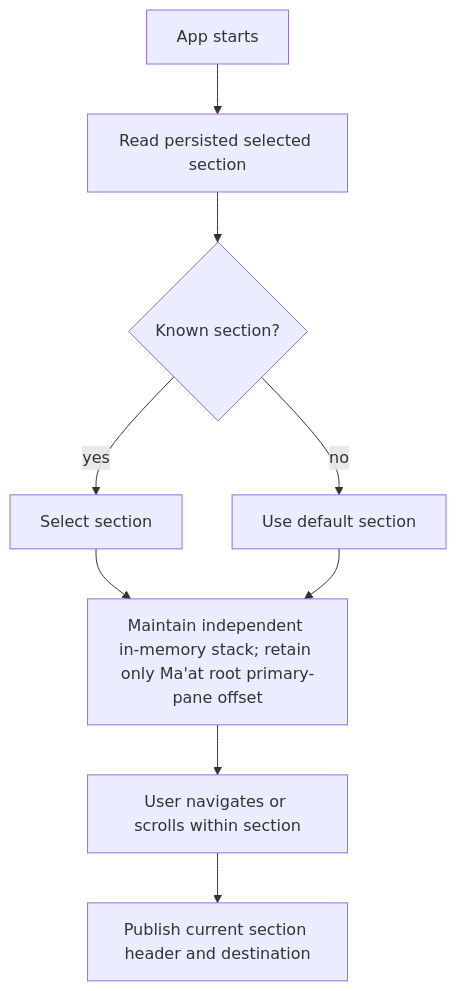
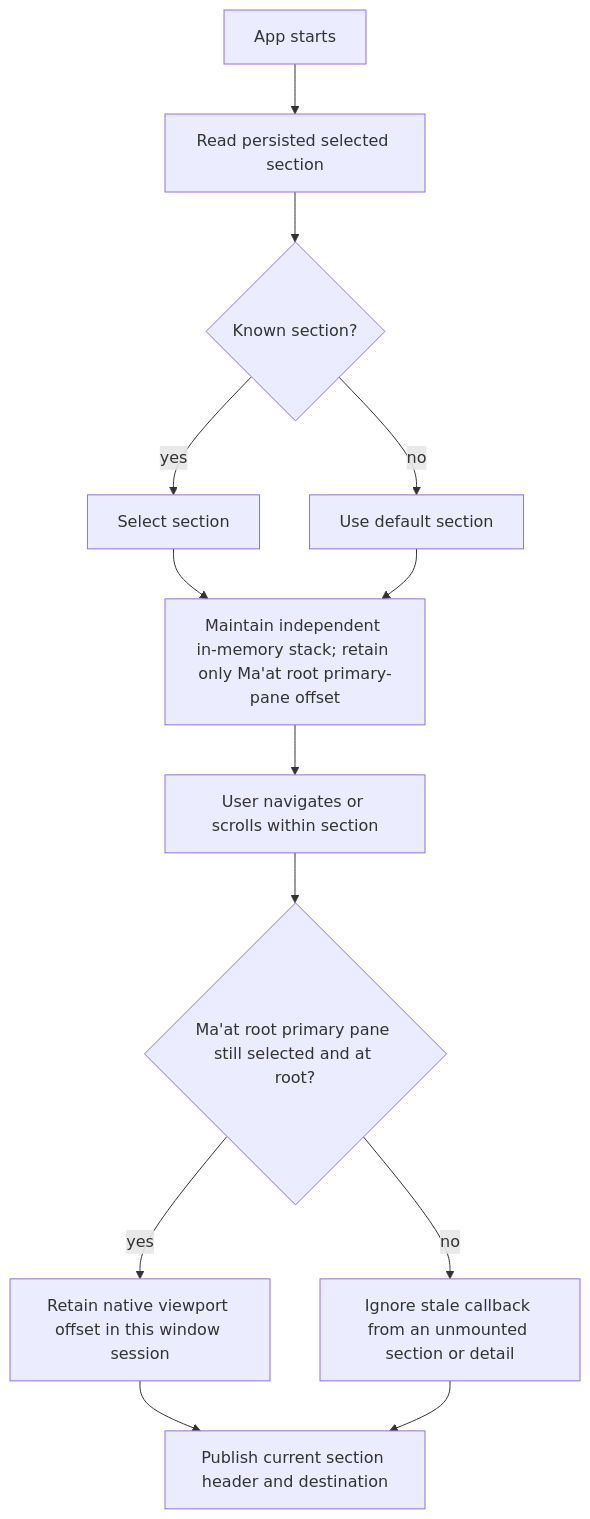
Before and after one commit to SirsiMaster/sirsi-pantheon: diagram 19 of 43 in docs/stacklab/pantheon-pt/canon/DIAGRAMS_RUNTIME_NATIVE.md, drawn with Mermaid. The commit also changed other lines of this file and 8 other files, not shown here.

First line of the commit message:
fix(menubar): retain Maat root scroll across remounts

````diff
--- a/docs/stacklab/pantheon-pt/canon/DIAGRAMS_RUNTIME_NATIVE.md
+++ b/docs/stacklab/pantheon-pt/canon/DIAGRAMS_RUNTIME_NATIVE.md
@@ -259,11 +259,15 @@
 ```mermaid
 flowchart TD
   START[App starts] --> LOAD[Read persisted selected section]
   LOAD --> VALID{Known section?}
   VALID -->|yes| SEL[Select section]
   VALID -->|no| DEF[Use default section]
   SEL --> STACK[Maintain independent in-memory stack; retain only Ma'at root primary-pane offset]
   DEF --> STACK
   STACK --> NAV[User navigates or scrolls within section]
-  NAV --> HEAD[Publish current section header and destination]
+  NAV --> OWNER{Ma'at root primary pane still selected and at root?}
+  OWNER -->|yes| SAVE[Retain native viewport offset in this window session]
+  OWNER -->|no| IGNORE[Ignore stale callback from an unmounted section or detail]
+  SAVE --> HEAD[Publish current section header and destination]
+  IGNORE --> HEAD
 ```
````
